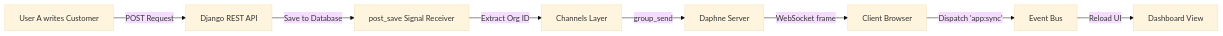
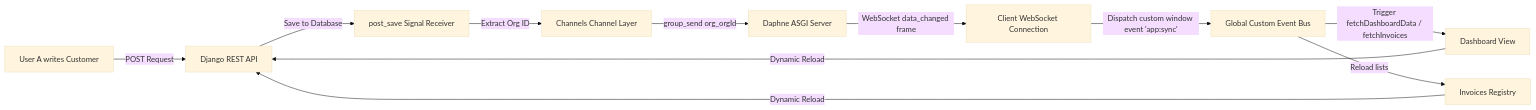
Before and after one commit to KandhalShakil/Invoicely: the third of 4 diagrams in README.md, drawn with Mermaid (base theme). The commit also changed other lines of this file, not shown here.

````diff
--- a/README.md
+++ b/README.md
@@ -97,10 +180,13 @@
 ```mermaid
 graph LR
     UserA[User A writes Customer] -->|POST Request| API[Django REST API]
     API -->|Save to Database| Signals[post_save Signal Receiver]
-    Signals -->|Extract Org ID| GroupLayer[Channels Layer]
-    GroupLayer -->|group_send| Daphne[Daphne Server]
-    Daphne -->|WebSocket frame| WS[Client Browser]
-    WS -->|Dispatch 'app:sync'| GlobalBus[Event Bus]
-    GlobalBus -->|Reload UI| Dashboard[Dashboard View]
+    Signals -->|Extract Org ID| GroupLayer[Channels Channel Layer]
+    GroupLayer -->|group_send org_orgId| Daphne[Daphne ASGI Server]
+    Daphne -->|WebSocket data_changed frame| WS[Client WebSocket Connection]
+    WS -->|Dispatch custom window event 'app:sync'| GlobalBus[Global Custom Event Bus]
+    GlobalBus -->|Trigger fetchDashboardData / fetchInvoices| Dashboard[Dashboard View]
+    GlobalBus -->|Reload lists| Invoices[Invoices Registry]
+    Dashboard -->|Dynamic Reload| API
+    Invoices -->|Dynamic Reload| API
 ```
````
